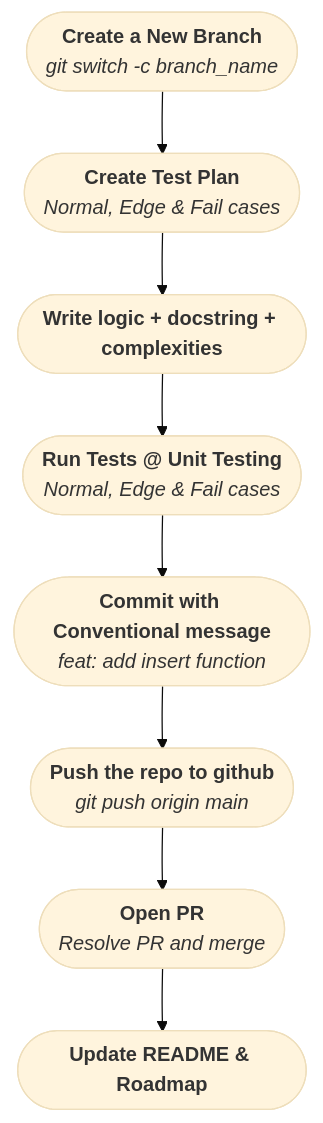
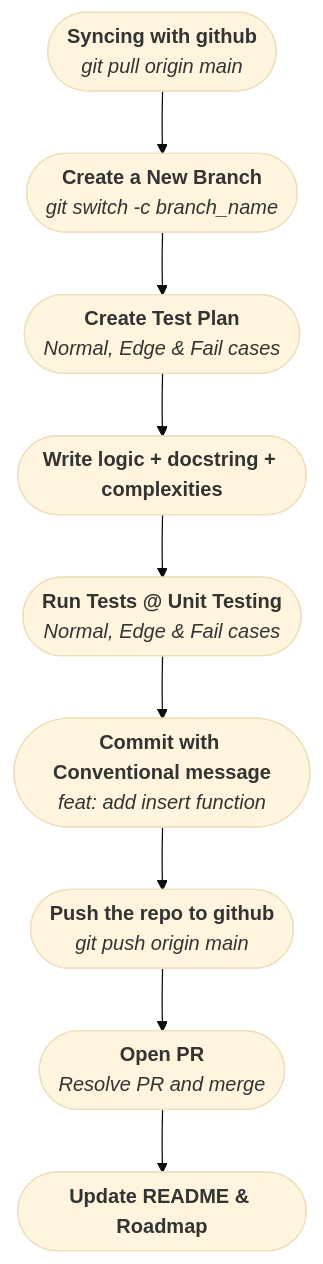
Before and after one commit to croxy-destroyer/dsa-tracker: the diagram in README.md, drawn with Mermaid (base theme). The commit also changed other lines of this file, not shown here.

````diff
--- a/README.md
+++ b/README.md
@@ -101,13 +102,14 @@
 ```mermaid
 flowchart TD
+    id0(["`**Syncing with github**<br>*git pull origin main*</br>`"])
     id1(["`**Create a New Branch**<br>*git switch -c branch_name*</br>`"])
     id2(["`**Create Test Plan**<br>*Normal, Edge & Fail cases*</br>`"])
     id3(["`**Write logic + docstring + complexities**`"])
     id4(["`**Run Tests @ Unit Testing**<br>*Normal, Edge & Fail cases*</br>`"])
     id5(["`**Commit with Conventional message**<br>*feat: add insert function*</br>`"])
     id6(["`**Push the repo to github**<br>*git push origin main*</br>`"])
     id7(["`**Open PR**<br>*Resolve PR and merge*</br>`"])
     id8(["`**Update README & Roadmap**`"])
-    id1-->id2-->id3-->id4-->id5-->id6-->id7-->id8
+    id0-->id1-->id2-->id3-->id4-->id5-->id6-->id7-->id8
 
 ```
````
